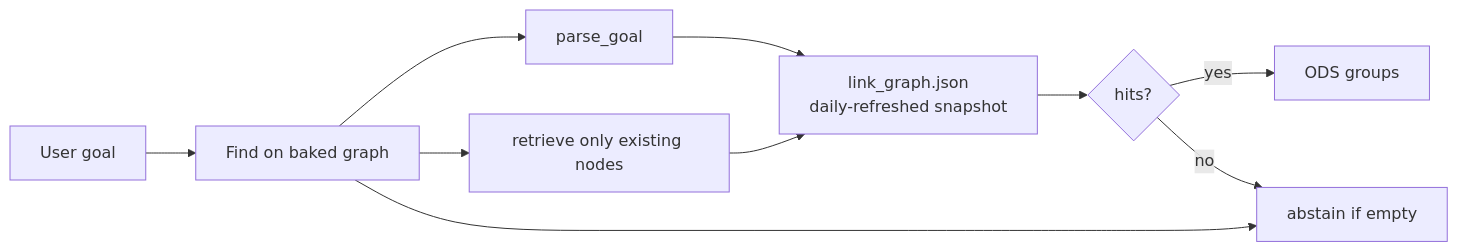
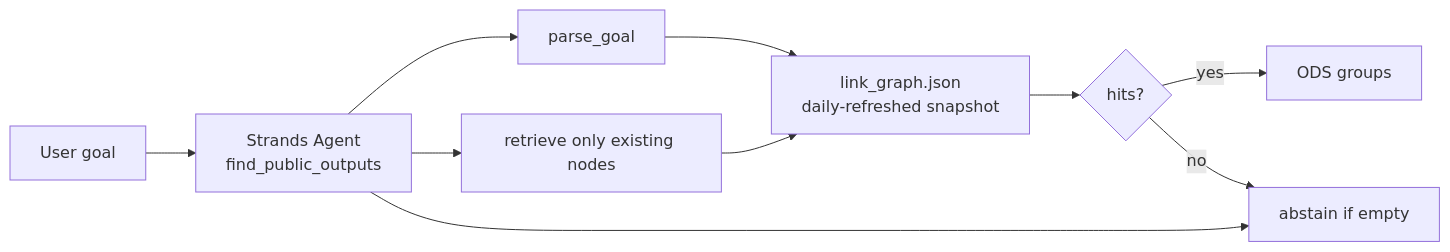
One commit to qxiong888/cancer-output-atlas changed the first of 2 diagrams in README.md. Above: the diagram before and after it, drawn with Mermaid. The commit also changed other lines of this file and 4 other files, not shown here.

Commit message:
Align public docs with live Strands find and demo framing.

````diff
--- a/README.md
+++ b/README.md
@@ -47,12 +45,12 @@
 ```mermaid
 flowchart LR
-  U["User goal"] --> A["Find on baked graph"]
+  U["User goal"] --> A["Strands Agent<br/>find_public_outputs"]
   A --> P["parse_goal"]
   A --> R["retrieve only existing nodes"]
   A --> X["abstain if empty"]
   P --> G["link_graph.json<br/>daily-refreshed snapshot"]
   R --> G
   G --> H{hits?}
   H -->|yes| O["ODS groups"]
   H -->|no| X
 ```
````
